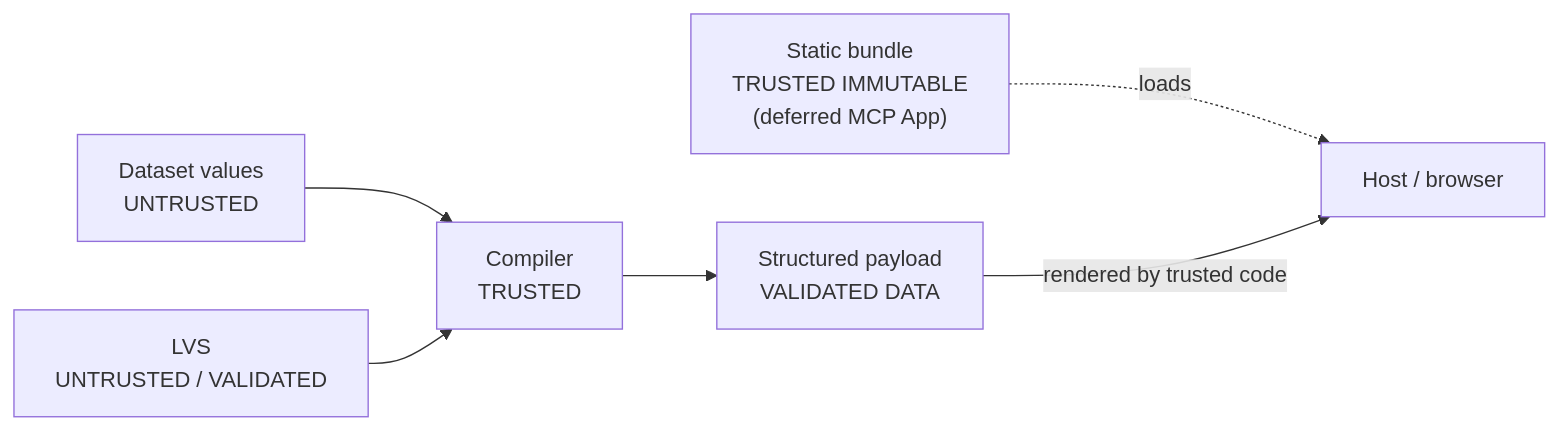
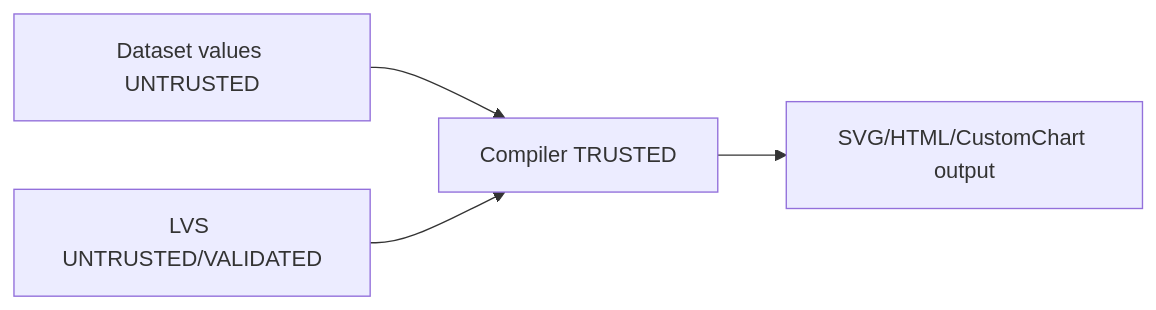
The third of 3 diagrams in docs/rfc-visualization-platform.md (yu-iskw/lightdash-tools), drawn with Mermaid before and after one commit. The commit also changed other lines of this file and 42 other files, not shown here.

````diff
--- a/docs/rfc-visualization-platform.md
+++ b/docs/rfc-visualization-platform.md
@@ -646,15 +292,11 @@
 ```mermaid
 flowchart LR
-    Data["Dataset values\nUNTRUSTED"]
-    Spec["LVS\nUNTRUSTED / VALIDATED"]
-    Compiler["Compiler\nTRUSTED"]
-    Payload["Structured payload\nVALIDATED DATA"]
-    Bundle["Static bundle\nTRUSTED IMMUTABLE\n(deferred MCP App)"]
-    Host["Host / browser"]
+  Data["Dataset values UNTRUSTED"]
+  Spec["LVS UNTRUSTED/VALIDATED"]
+  Compiler["Compiler TRUSTED"]
+  Artifact["SVG/HTML/CustomChart output"]
 
-    Data --> Compiler
-    Spec --> Compiler
-    Compiler --> Payload
-    Bundle -.->|"loads"| Host
-    Payload -->|"rendered by trusted code"| Host
+  Data --> Compiler
+  Spec --> Compiler
+  Compiler --> Artifact
 ```
````
